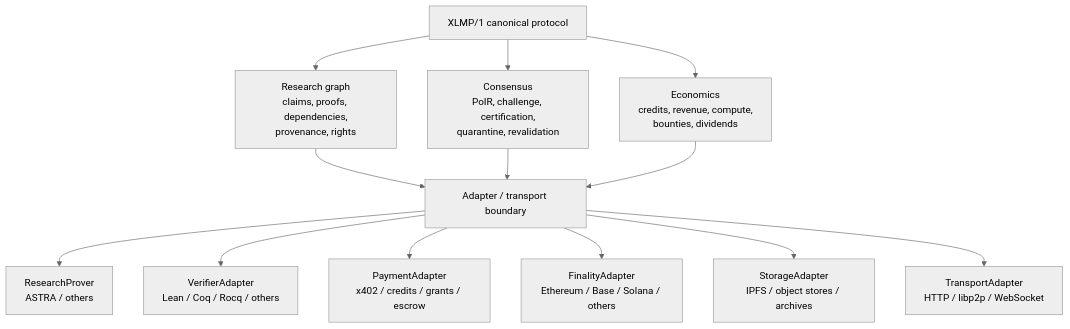
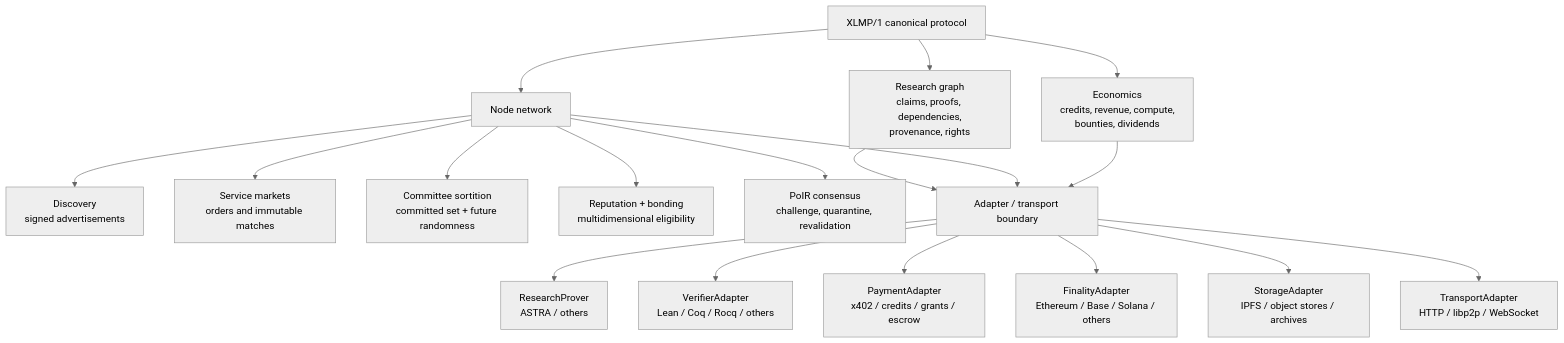
Before and after one commit to jetspace/xlemma-protocol: the first of 10 diagrams in docs/ARCHITECTURE_DIAGRAMS.md, drawn with Mermaid (neutral theme). The commit also changed other lines of this file and 50 other files, not shown here.

Commit message:
feat: make node network a first-class XLMP subsystem

````diff
--- a/docs/ARCHITECTURE_DIAGRAMS.md
+++ b/docs/ARCHITECTURE_DIAGRAMS.md
@@ -7,16 +7,21 @@
 ```mermaid
 flowchart TB
     X[XLMP/1 canonical protocol]
     X --> RG[Research graph<br/>claims, proofs, dependencies,<br/>provenance, rights]
-    X --> C[Consensus<br/>PoIR, challenge, certification,<br/>quarantine, revalidation]
+    X --> N[Node network]
     X --> E[Economics<br/>credits, revenue, compute,<br/>bounties, dividends]
+    N --> D[Discovery<br/>signed advertisements]
+    N --> M[Service markets<br/>orders and immutable matches]
+    N --> SO[Committee sortition<br/>committed set + future randomness]
+    N --> R[Reputation + bonding<br/>multidimensional eligibility]
+    N --> C[PoIR consensus<br/>challenge, quarantine, revalidation]
     RG --> AB[Adapter / transport boundary]
-    C --> AB
+    N --> AB
     E --> AB
     AB --> A[ResearchProver<br/>ASTRA / others]
     AB --> L[VerifierAdapter<br/>Lean / Coq / Rocq / others]
     AB --> P[PaymentAdapter<br/>x402 / credits / grants / escrow]
     AB --> F[FinalityAdapter<br/>Ethereum / Base / Solana / others]
     AB --> S[StorageAdapter<br/>IPFS / object stores / archives]
     AB --> T[TransportAdapter<br/>HTTP / libp2p / WebSocket]
 ```
````
